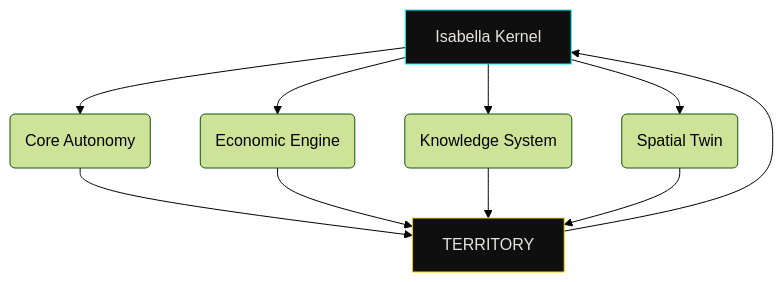
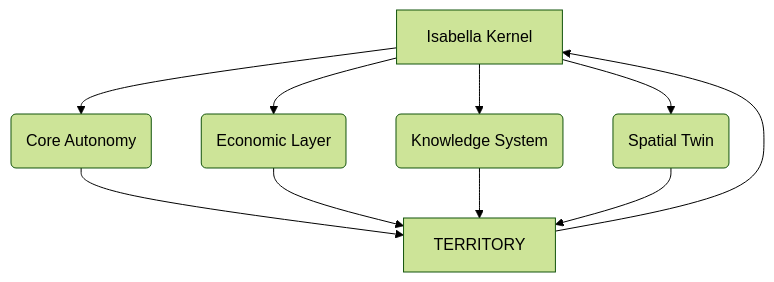
One commit to OsoPanda1/OsoPanda1 changed the diagram in README.md. Above: the diagram before and after it, drawn with Mermaid (forest theme). The commit also changed other lines of this file, not shown here.

````diff
--- a/README.md
+++ b/README.md
@@ -96,18 +81,15 @@
 ```mermaid
 graph TD
 
 A[Isabella Kernel] --> B(Core Autonomy)
-A --> C(Economic Engine)
+A --> C(Economic Layer)
 A --> D(Knowledge System)
 A --> E(Spatial Twin)
 
 B --> F[TERRITORY]
 C --> F
 D --> F
 E --> F
 
 F --> A
-
-style A fill:#0F0F0F,stroke:#00F7FF,color:#E5E4E2
-style F fill:#0F0F0F,stroke:#FFD700,color:#E5E4E2
 ```
````
